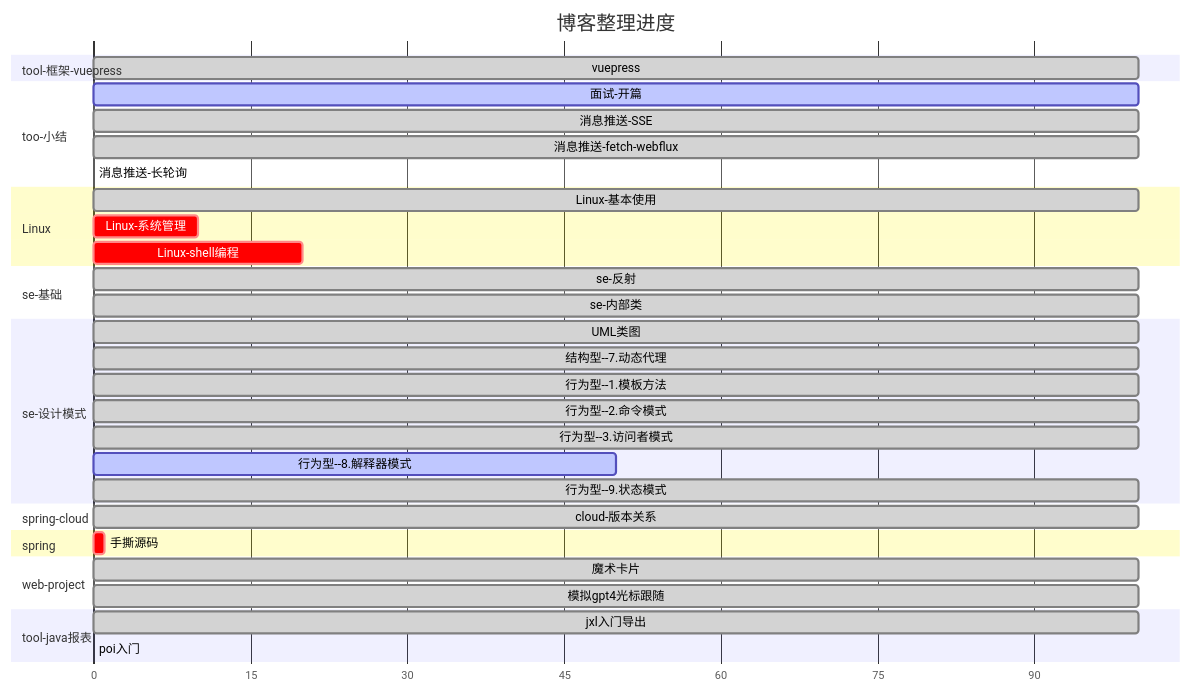
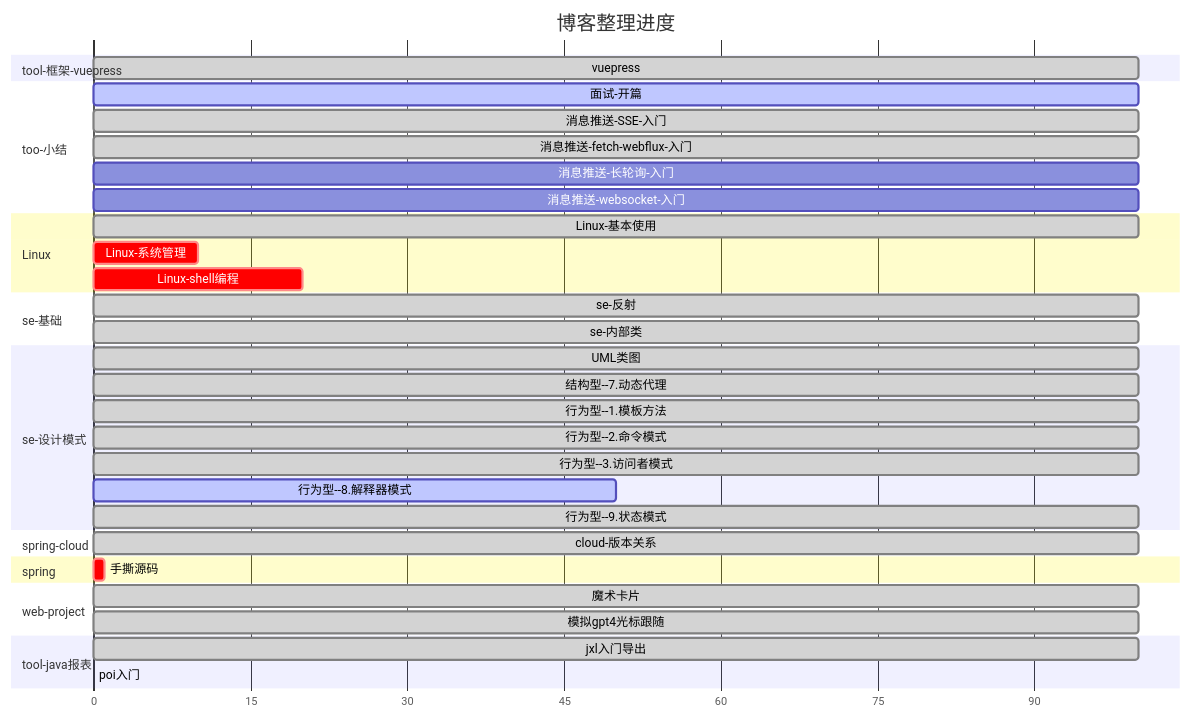
One commit to zs-mcu/docs changed the diagram in docs/README.md. Above: the diagram before and after it, drawn with Mermaid. The commit also changed 1 other file, not shown here.

Commit message:
长轮询

````diff
--- a/docs/README.md
+++ b/docs/README.md
@@ -30,52 +30,53 @@
 ```mermaid
 gantt
   title 博客整理进度
   dateFormat X
   axisFormat %s
 
   section tool-框架-vuepress
   vuepress        : done,0,100
 
   section too-小结
   面试-开篇          : active,0, 100
 
-  消息推送-SSE      : done,0, 100
-  消息推送-fetch-webflux : done,0,100
-  消息推送-长轮询 : 0,0
+  消息推送-SSE-入门      : done,0, 100
+  消息推送-fetch-webflux-入门 : done,0,100
+  消息推送-长轮询-入门 : 0,100
+  消息推送-websocket-入门 : 0,100
 
 
   section Linux
   Linux-基本使用    : done,0,100
   Linux-系统管理    : crit,0,10
   Linux-shell编程   : crit,0,20
 
   section se-基础
   se-反射           :  done,0, 100
   se-内部类         :  done,0,100
 
   section se-设计模式
   UML类图   : done,0,100
   结构型--7.动态代理   : done,0, 100
   行为型--1.模板方法   : done,0,100
   行为型--2.命令模式   : done,0,100
   行为型--3.访问者模式 : done,0,100
   行为型--8.解释器模式 : active,0,50
   行为型--9.状态模式  : done,0,100
   
 
   section spring-cloud
   cloud-版本关系    : done,0, 100
 
   section spring
   手撕源码          : crit,0, 1
 
 
   section web-project
   魔术卡片          : done,0,100
   模拟gpt4光标跟随   : done,0,100
 
   section tool-java报表
   jxl入门导出       :done,0,100
   poi入门          :crit,0,0
   
 ```
````
